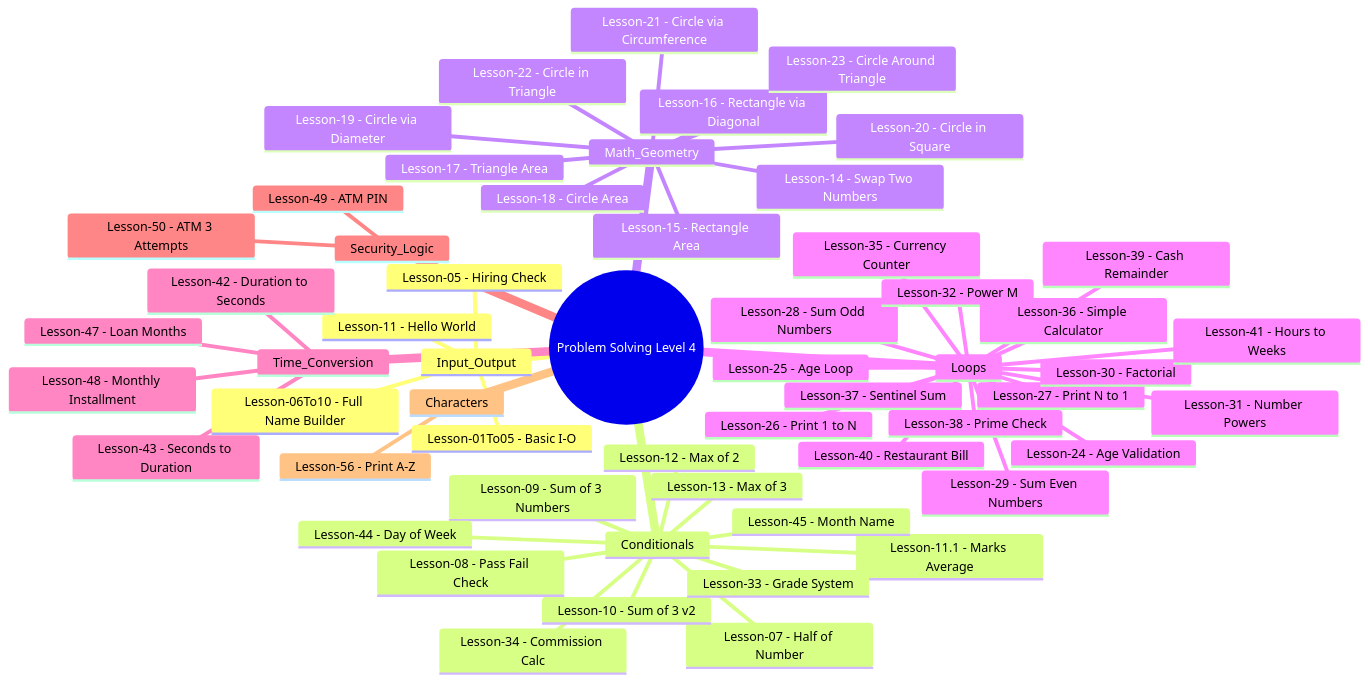
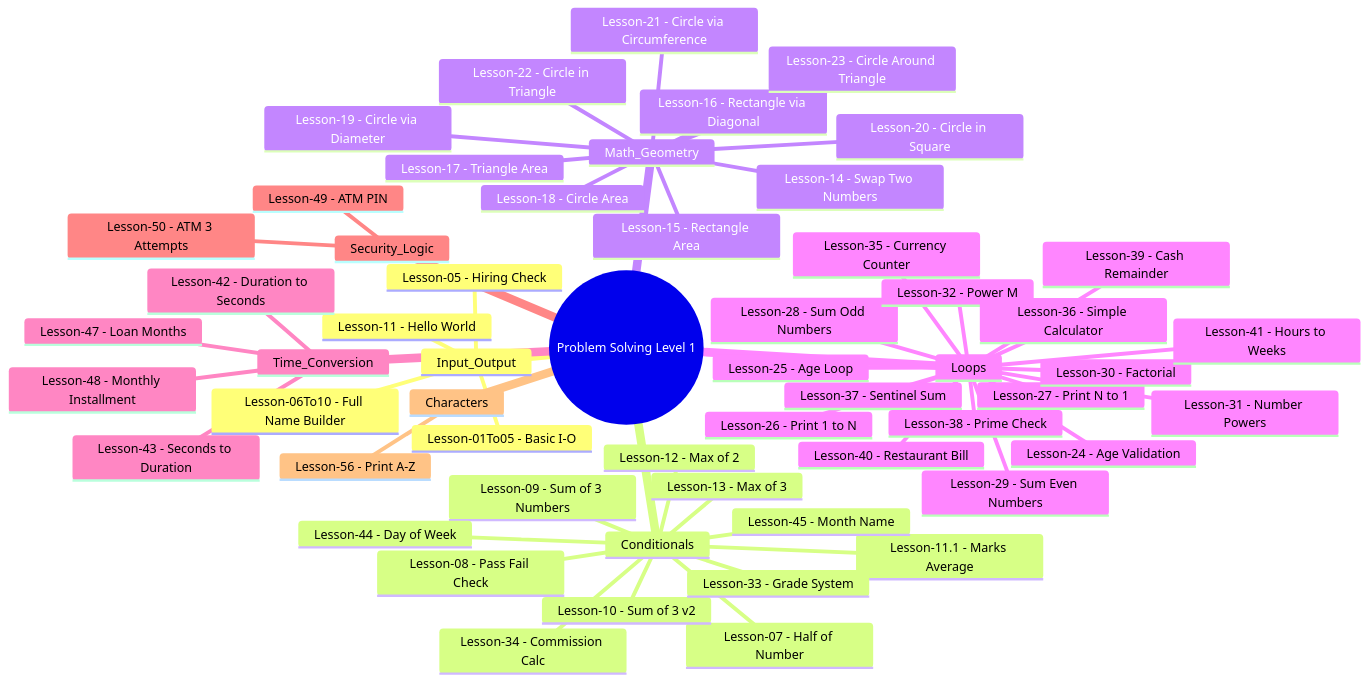
Before and after one commit to dariwsh/Programming-Foundations: the diagram in 04 - Algorithms & Problem-Solving – Level 1 (Solutions)/README.md, drawn with Mermaid. The commit also changed other lines of this file and 16 other files, not shown here.

````diff
--- a/04 - Algorithms & Problem-Solving – Level 1 (Solutions)/README.md
+++ b/04 - Algorithms & Problem-Solving – Level 1 (Solutions)/README.md
@@ -9,59 +13,59 @@
 ```mermaid
 mindmap
-  root((Problem Solving Level 4))
+  root((Problem Solving Level 1))
     Input_Output
       Lesson-01To05 - Basic I-O
       Lesson-05 - Hiring Check
       Lesson-06To10 - Full Name Builder
       Lesson-11 - Hello World
     Conditionals
       Lesson-07 - Half of Number
       Lesson-08 - Pass Fail Check
       Lesson-09 - Sum of 3 Numbers
       Lesson-10 - Sum of 3 v2
       Lesson-11.1 - Marks Average
       Lesson-12 - Max of 2
       Lesson-13 - Max of 3
       Lesson-33 - Grade System
       Lesson-34 - Commission Calc
       Lesson-44 - Day of Week
       Lesson-45 - Month Name
     Math_Geometry
       Lesson-14 - Swap Two Numbers
       Lesson-15 - Rectangle Area
       Lesson-16 - Rectangle via Diagonal
       Lesson-17 - Triangle Area
       Lesson-18 - Circle Area
       Lesson-19 - Circle via Diameter
       Lesson-20 - Circle in Square
       Lesson-21 - Circle via Circumference
       Lesson-22 - Circle in Triangle
       Lesson-23 - Circle Around Triangle
     Loops
       Lesson-24 - Age Validation
       Lesson-25 - Age Loop
       Lesson-26 - Print 1 to N
       Lesson-27 - Print N to 1
       Lesson-28 - Sum Odd Numbers
       Lesson-29 - Sum Even Numbers
       Lesson-30 - Factorial
       Lesson-31 - Number Powers
       Lesson-32 - Power M
       Lesson-35 - Currency Counter
       Lesson-36 - Simple Calculator
       Lesson-37 - Sentinel Sum
       Lesson-38 - Prime Check
       Lesson-39 - Cash Remainder
       Lesson-40 - Restaurant Bill
       Lesson-41 - Hours to Weeks
     Time_Conversion
       Lesson-42 - Duration to Seconds
       Lesson-43 - Seconds to Duration
       Lesson-47 - Loan Months
       Lesson-48 - Monthly Installment
     Security_Logic
       Lesson-49 - ATM PIN
       Lesson-50 - ATM 3 Attempts
     Characters
       Lesson-56 - Print A-Z
 ```
````
